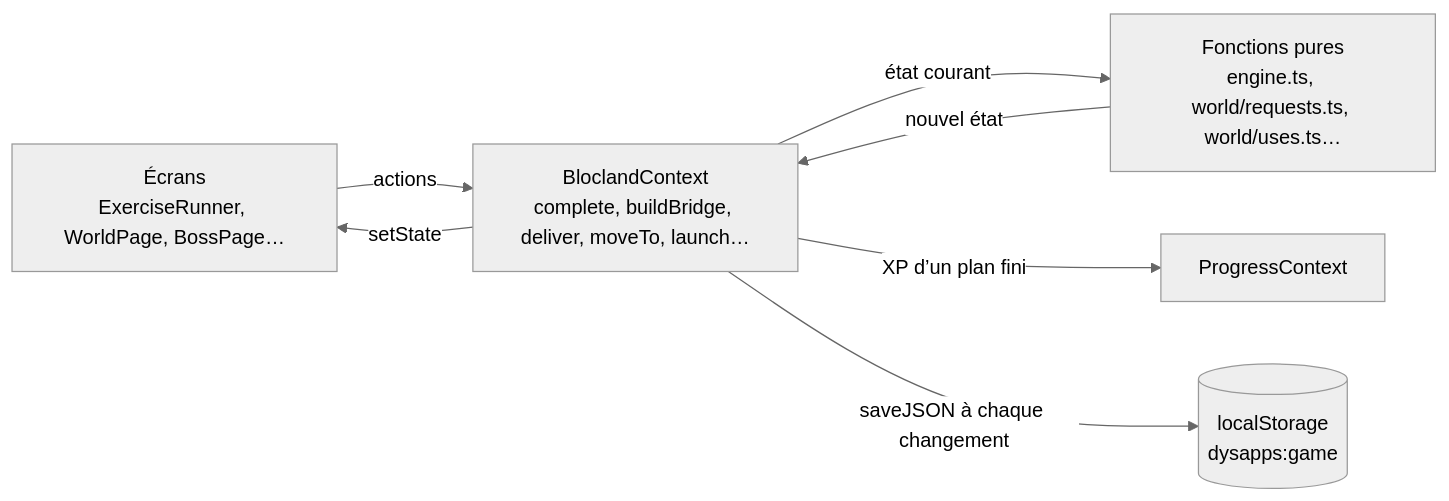
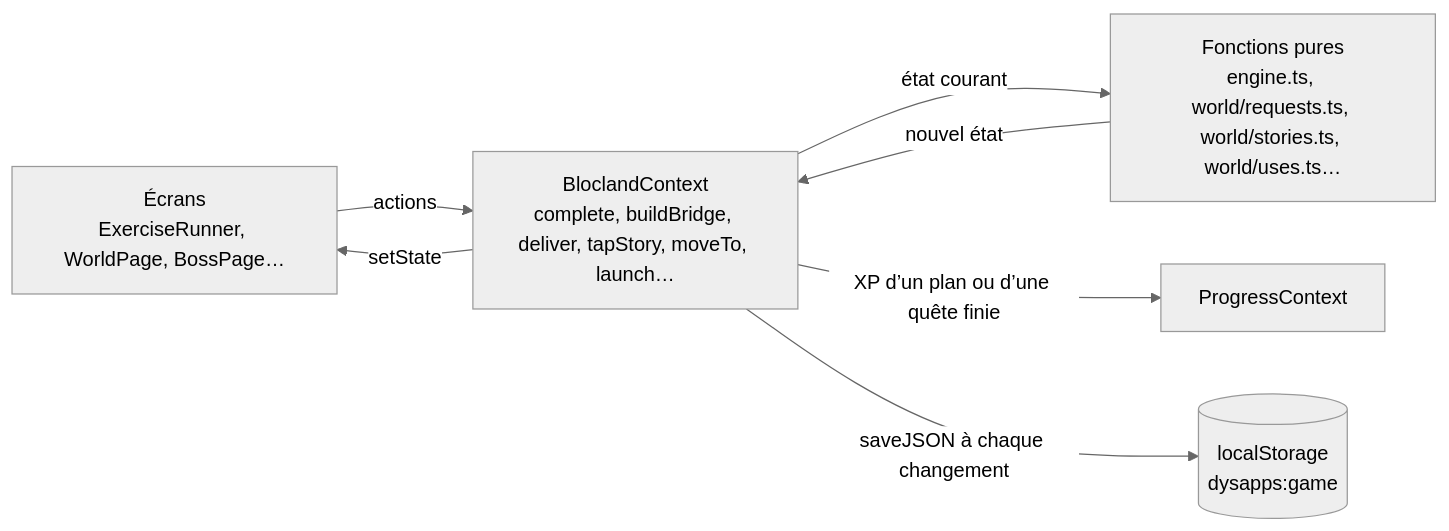
Before and after one commit to g7ed6e/dysapps: the second of 4 diagrams in docs/architecture/partie.md, drawn with Mermaid (neutral theme). The commit also changed other lines of this file and 42 other files, not shown here.

````diff
--- a/docs/architecture/partie.md
+++ b/docs/architecture/partie.md
@@ -46,9 +47,9 @@
 ```mermaid
 flowchart LR
-  ecran[Écrans<br/>ExerciseRunner, WorldPage, BossPage…] -- actions --> ctx[BloclandContext<br/>complete, buildBridge, deliver, moveTo, launch…]
-  ctx -- état courant --> regles[Fonctions pures<br/>engine.ts, world/requests.ts, world/uses.ts…]
+  ecran[Écrans<br/>ExerciseRunner, WorldPage, BossPage…] -- actions --> ctx[BloclandContext<br/>complete, buildBridge, deliver, tapStory, moveTo, launch…]
+  ctx -- état courant --> regles[Fonctions pures<br/>engine.ts, world/requests.ts, world/stories.ts, world/uses.ts…]
   regles -- nouvel état --> ctx
   ctx -- setState --> ecran
-  ctx -- XP d’un plan fini --> prog[ProgressContext]
+  ctx -- XP d’un plan ou d’une quête finie --> prog[ProgressContext]
   ctx -- saveJSON à chaque changement --> stockage[(localStorage<br/>dysapps:game)]
 ```
````
